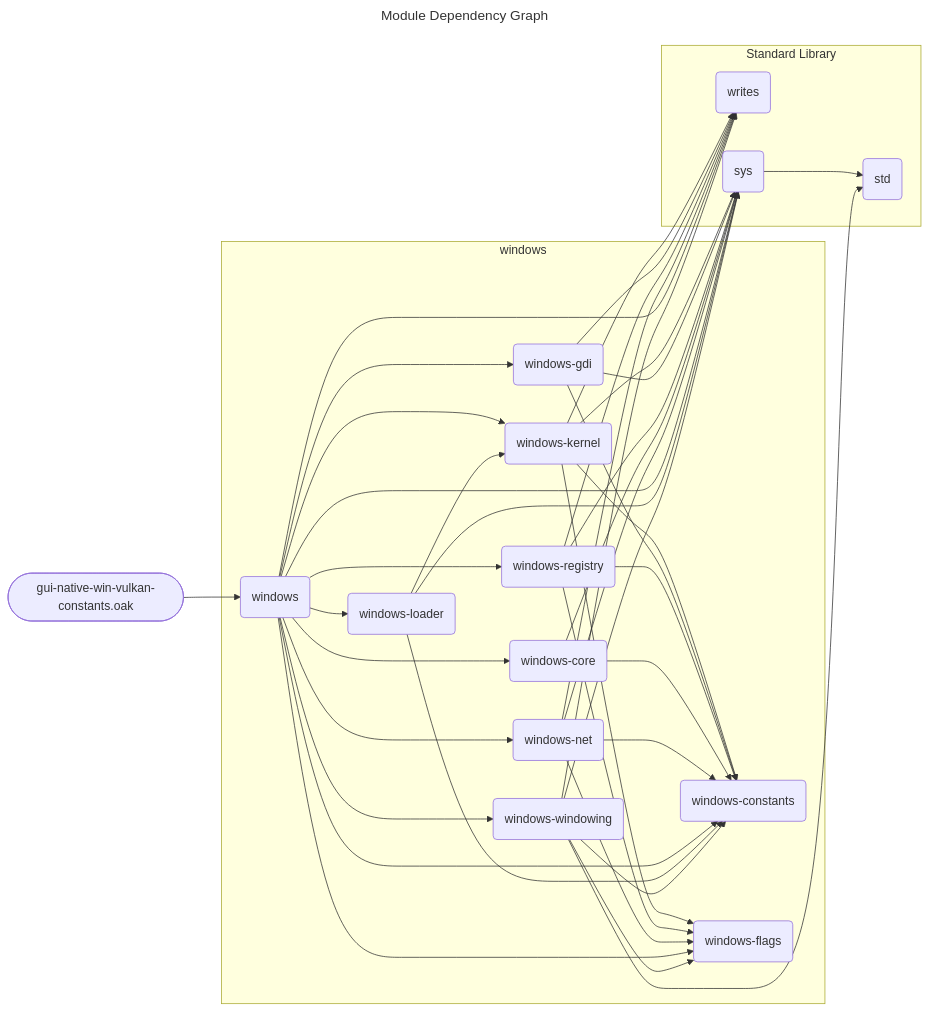
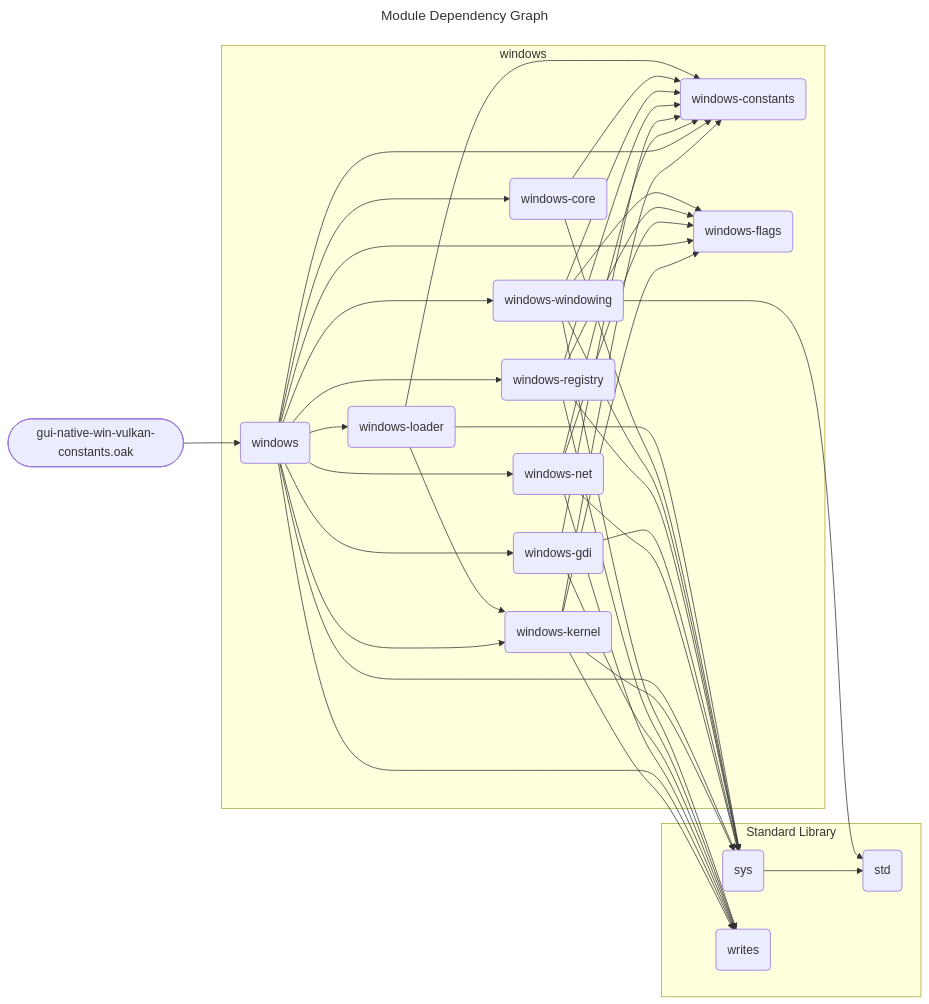
One commit to SpcFORK/magnolia changed the diagram in docs/spec/gui-native-win-vulkan-constants.mmd. Above: the diagram before and after it, drawn with Mermaid. The commit also changed other lines of this file and 148 other files, not shown here.

First line of the commit message:
Refactor module dependency graphs and improve code generation

```diff
--- a/docs/spec/gui-native-win-vulkan-constants.mmd
+++ b/docs/spec/gui-native-win-vulkan-constants.mmd
@@ -1,60 +1,60 @@
 ---
 title: Module Dependency Graph
 ---
 flowchart LR
     lib_gui_native_win_vulkan_constants_oak(["gui-native-win-vulkan-constants.oak"])
     subgraph stdlib_windows ["windows"]
+        windows_kernel("windows-kernel")
+        windows("windows")
+        windows_constants("windows-constants")
+        windows_net("windows-net")
+        windows_gdi("windows-gdi")
+        windows_registry("windows-registry")
         windows_windowing("windows-windowing")
+        windows_core("windows-core")
         windows_loader("windows-loader")
-        windows("windows")
-        windows_net("windows-net")
-        windows_core("windows-core")
-        windows_registry("windows-registry")
-        windows_gdi("windows-gdi")
-        windows_kernel("windows-kernel")
-        windows_constants("windows-constants")
         windows_flags("windows-flags")
     end
     subgraph stdlib_core ["Standard Library"]
+        sys("sys")
+        writes("writes")
         std("std")
-        writes("writes")
-        sys("sys")
     end
-    windows_windowing --> sys
-    windows_windowing --> writes
-    windows_windowing --> windows_constants
-    windows_windowing --> windows_flags
-    windows_windowing --> std
-    windows_loader --> sys
-    windows_loader --> windows_constants
-    windows_loader --> windows_kernel
-    lib_gui_native_win_vulkan_constants_oak --> windows
+    windows_kernel --> sys
+    windows_kernel --> writes
+    windows_kernel --> windows_constants
+    windows_kernel --> windows_flags
     windows --> sys
     windows --> writes
     windows --> windows_constants
     windows --> windows_flags
     windows --> windows_registry
     windows --> windows_net
     windows --> windows_windowing
     windows --> windows_gdi
     windows --> windows_kernel
     windows --> windows_loader
     windows --> windows_core
+    sys --> std
     windows_net --> sys
     windows_net --> writes
     windows_net --> windows_constants
     windows_net --> windows_flags
-    windows_core --> sys
-    windows_core --> windows_constants
+    windows_gdi --> sys
+    windows_gdi --> writes
+    windows_gdi --> windows_constants
+    lib_gui_native_win_vulkan_constants_oak --> windows
     windows_registry --> sys
     windows_registry --> writes
     windows_registry --> windows_constants
     windows_registry --> windows_flags
-    windows_gdi --> sys
-    windows_gdi --> writes
-    windows_gdi --> windows_constants
-    windows_kernel --> sys
-    windows_kernel --> writes
-    windows_kernel --> windows_constants
-    windows_kernel --> windows_flags
-    sys --> std
+    windows_windowing --> sys
+    windows_windowing --> writes
+    windows_windowing --> windows_constants
+    windows_windowing --> windows_flags
+    windows_windowing --> std
+    windows_core --> sys
+    windows_core --> windows_constants
+    windows_loader --> sys
+    windows_loader --> windows_constants
+    windows_loader --> windows_kernel
```
